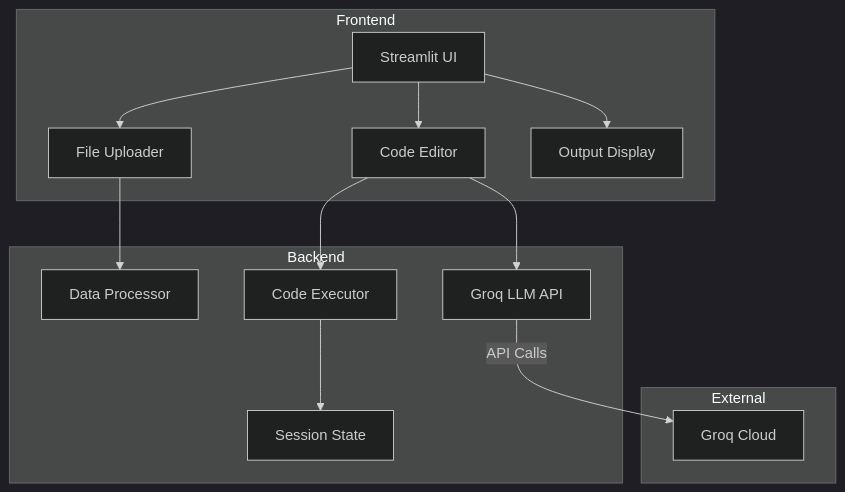
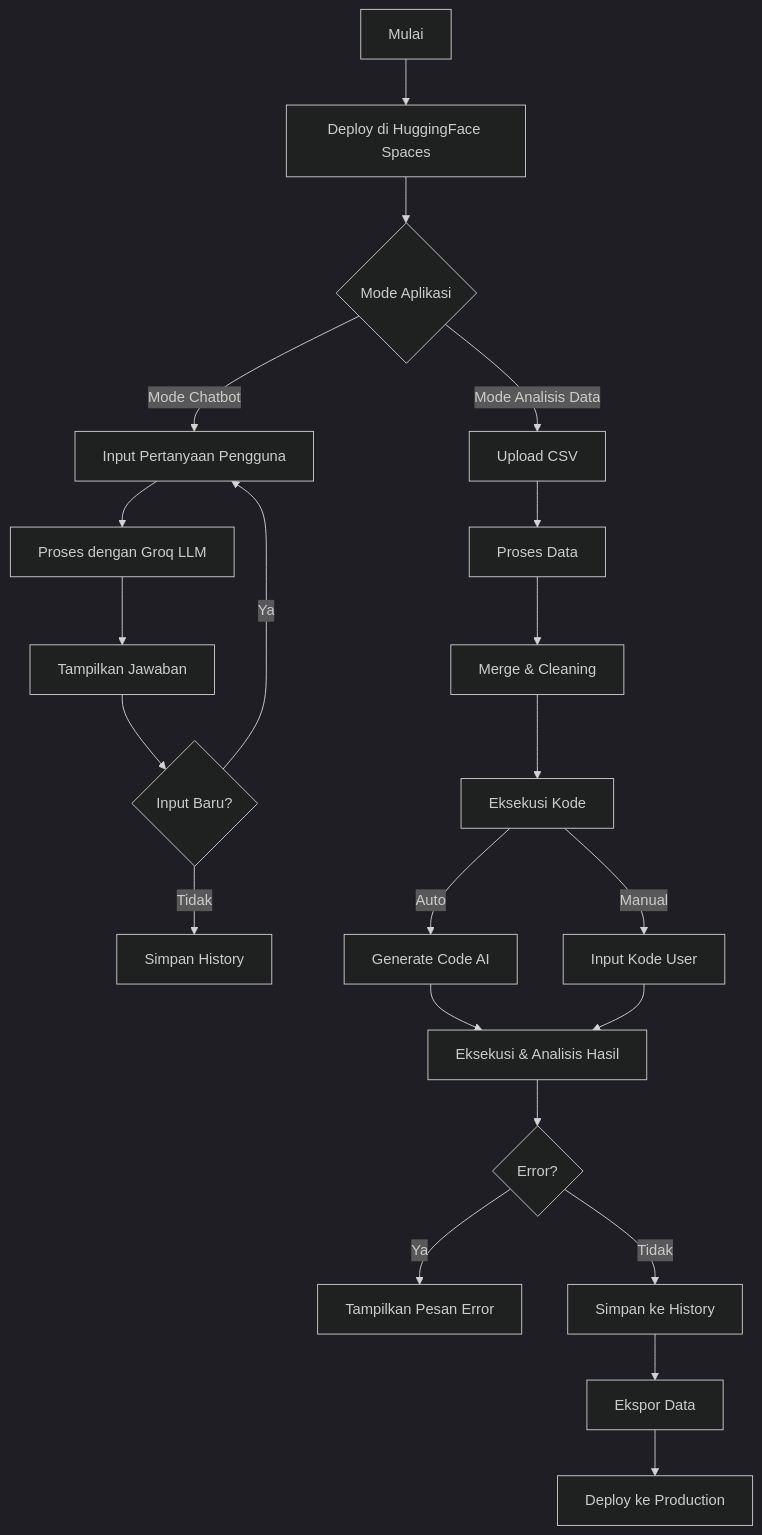
The diagram in README.md (ardiannurcahya/DataCoder-AI), drawn with Mermaid (dark theme) before and after one commit.

````diff
--- a/README.md
+++ b/README.md
@@ -64,19 +64,29 @@
 ```mermaid
 flowchart TB
-     subgraph Frontend
-         A[Streamlit UI] --> B[File Uploader]
-         A --> C[Code Editor]
-         A --> D[Output Display]
-     end
- 
-     subgraph Backend
-         B --> E[Data Processor]
-         C --> F[Code Executor]
-         C --> G[Groq LLM API]
-         F --> H[Session State]
-     end
- 
-     subgraph External
-         G -->|API Calls| I[Groq Cloud]
-     end
+    A[Mulai] --> B[Deploy di HuggingFace Spaces]
+    B --> C{Mode Aplikasi}
+    C -->|Mode Chatbot| D[Input Pertanyaan Pengguna]
+    C -->|Mode Analisis Data| E[Upload CSV]
+    
+    %% Flow Chatbot
+    D --> F[Proses dengan Groq LLM]
+    F --> G[Tampilkan Jawaban]
+    G --> H{Input Baru?}
+    H -->|Ya| D
+    H -->|Tidak| I[Simpan History]
+    
+    %% Flow Analisis Data
+    E --> J[Proses Data]
+    J --> K[Merge & Cleaning]
+    K --> L[Eksekusi Kode]
+    L -->|Auto| M[Generate Code AI]
+    L -->|Manual| N[Input Kode User]
+    M --> O[Eksekusi & Analisis Hasil]
+    N --> O
+    O --> P{Error?}
+    P -->|Ya| Q[Tampilkan Pesan Error]
+    P -->|Tidak| R[Simpan ke History]
+    R --> S[Ekspor Data]
+    
+    S --> T[Deploy ke Production]
 ```
````
